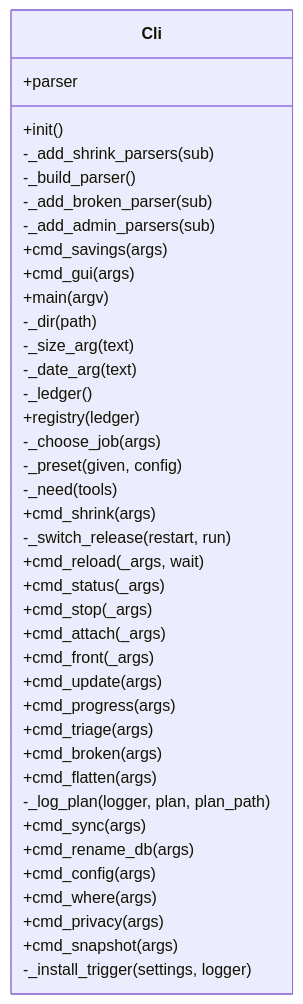
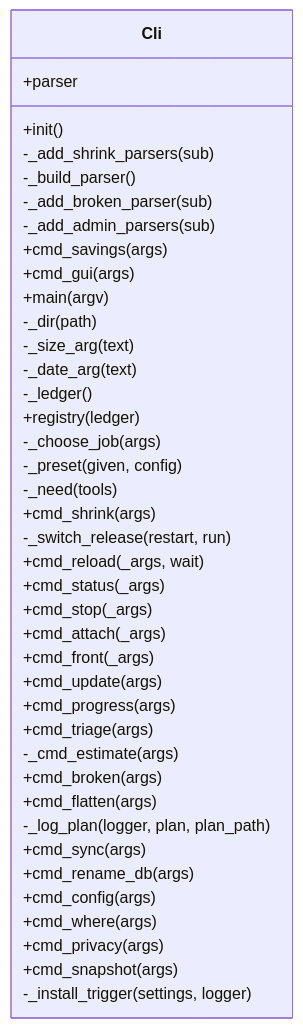
The diagram in docs/img/uml_cli.mmd (peddanet/mediatools), drawn with Mermaid before and after one commit. The commit also changed 26 other files, not shown here.

```diff
--- a/docs/img/uml_cli.mmd
+++ b/docs/img/uml_cli.mmd
@@ -1,41 +1,42 @@
 classDiagram
   direction LR
   class Cli {
     +parser
     +init()
     -_add_shrink_parsers(sub)
     -_build_parser()
     -_add_broken_parser(sub)
     -_add_admin_parsers(sub)
     +cmd_savings(args)
     +cmd_gui(args)
     +main(argv)
     -_dir(path)
     -_size_arg(text)
     -_date_arg(text)
     -_ledger()
     +registry(ledger)
     -_choose_job(args)
     -_preset(given, config)
     -_need(tools)
     +cmd_shrink(args)
     -_switch_release(restart, run)
     +cmd_reload(_args, wait)
     +cmd_status(_args)
     +cmd_stop(_args)
     +cmd_attach(_args)
     +cmd_front(_args)
     +cmd_update(args)
     +cmd_progress(args)
     +cmd_triage(args)
+    -_cmd_estimate(args)
     +cmd_broken(args)
     +cmd_flatten(args)
     -_log_plan(logger, plan, plan_path)
     +cmd_sync(args)
     +cmd_rename_db(args)
     +cmd_config(args)
     +cmd_where(args)
     +cmd_privacy(args)
     +cmd_snapshot(args)
     -_install_trigger(settings, logger)
   }
```
